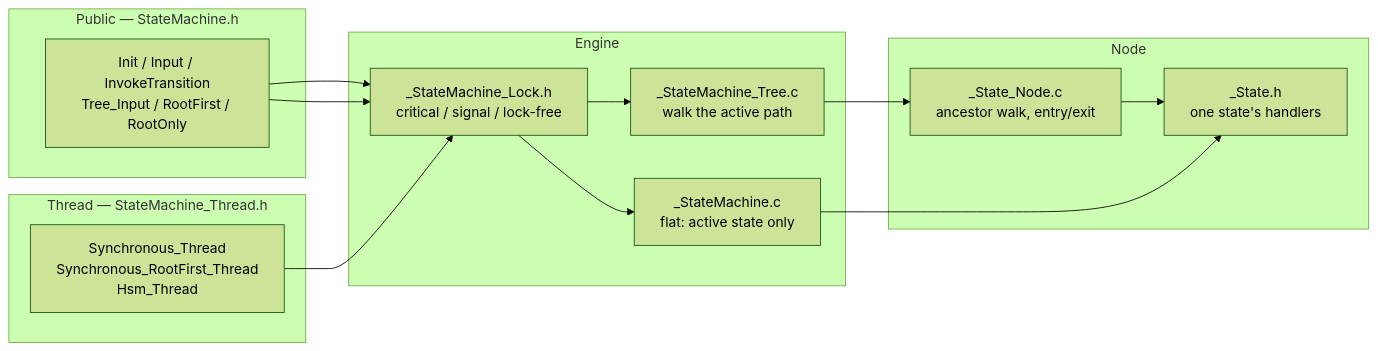
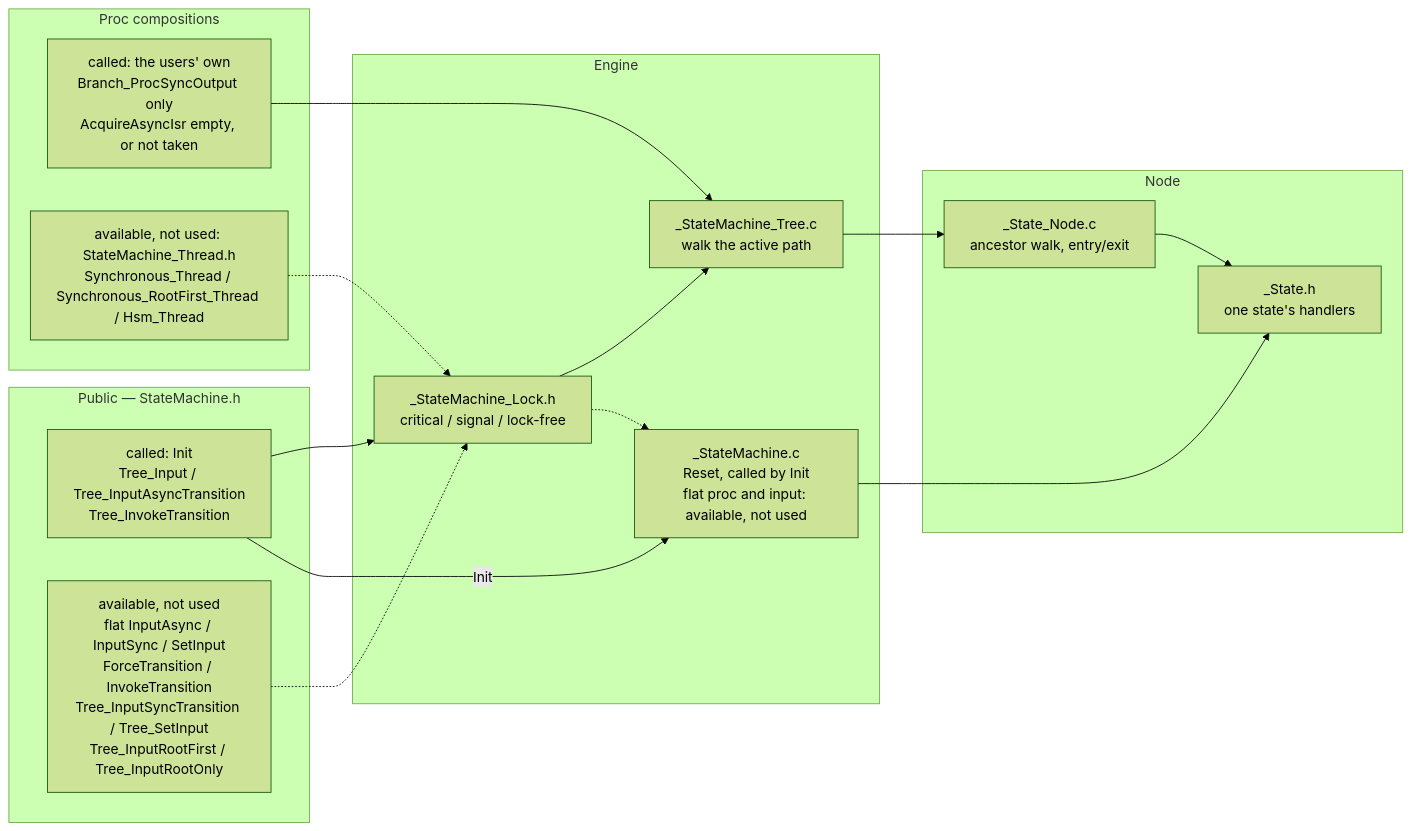
One commit to FireSourcery/FireSourcery_Library changed the second of 18 diagrams in Framework/StateMachine/Architecture.md. Above: the diagram before and after it, drawn with Mermaid (forest theme). The commit also changed other lines of this file and 47 other files, not shown here.

````diff
--- a/Framework/StateMachine/Architecture.md
+++ b/Framework/StateMachine/Architecture.md
@@ -34,27 +34,32 @@
 ```mermaid
 flowchart LR
     subgraph public["Public — StateMachine.h"]
-        API["Init / Input / InvokeTransition<br/>Tree_Input / RootFirst / RootOnly"]
+        API["called: Init<br/>Tree_Input / Tree_InputAsyncTransition<br/>Tree_InvokeTransition"]
+        APIX["available, not used<br/>flat InputAsync / InputSync / SetInput<br/>ForceTransition / InvokeTransition<br/>Tree_InputSyncTransition / Tree_SetInput<br/>Tree_InputRootFirst / Tree_InputRootOnly"]
     end
 
-    subgraph thread["Thread — StateMachine_Thread.h"]
-        TH["Synchronous_Thread<br/>Synchronous_RootFirst_Thread<br/>Hsm_Thread"]
+    subgraph proc["Proc compositions"]
+        OWN["called: the users' own<br/>Branch_ProcSyncOutput only<br/>AcquireAsyncIsr empty, or not taken"]
+        TH["available, not used: StateMachine_Thread.h<br/>Synchronous_Thread / Synchronous_RootFirst_Thread / Hsm_Thread"]
     end
 
     subgraph engine["Engine"]
-        FLAT["_StateMachine.c<br/>flat: active state only"]
+        LOCK["_StateMachine_Lock.h<br/>critical / signal / lock-free"]
         TREE["_StateMachine_Tree.c<br/>walk the active path"]
-        LOCK["_StateMachine_Lock.h<br/>critical / signal / lock-free"]
+        FLAT["_StateMachine.c<br/>Reset, called by Init<br/>flat proc and input: available, not used"]
     end
 
     subgraph node["Node"]
         ST["_State.h<br/>one state's handlers"]
         ND["_State_Node.c<br/>ancestor walk, entry/exit"]
     end
 
     API --> LOCK --> TREE
-    API --> LOCK --> FLAT
-    TH --> LOCK
+    API -->|Init| FLAT
+    OWN --> TREE
+    APIX -.-> LOCK
+    TH -.-> LOCK
+    LOCK -.-> FLAT
     TREE --> ND --> ST
     FLAT --> ST
 ```
````
